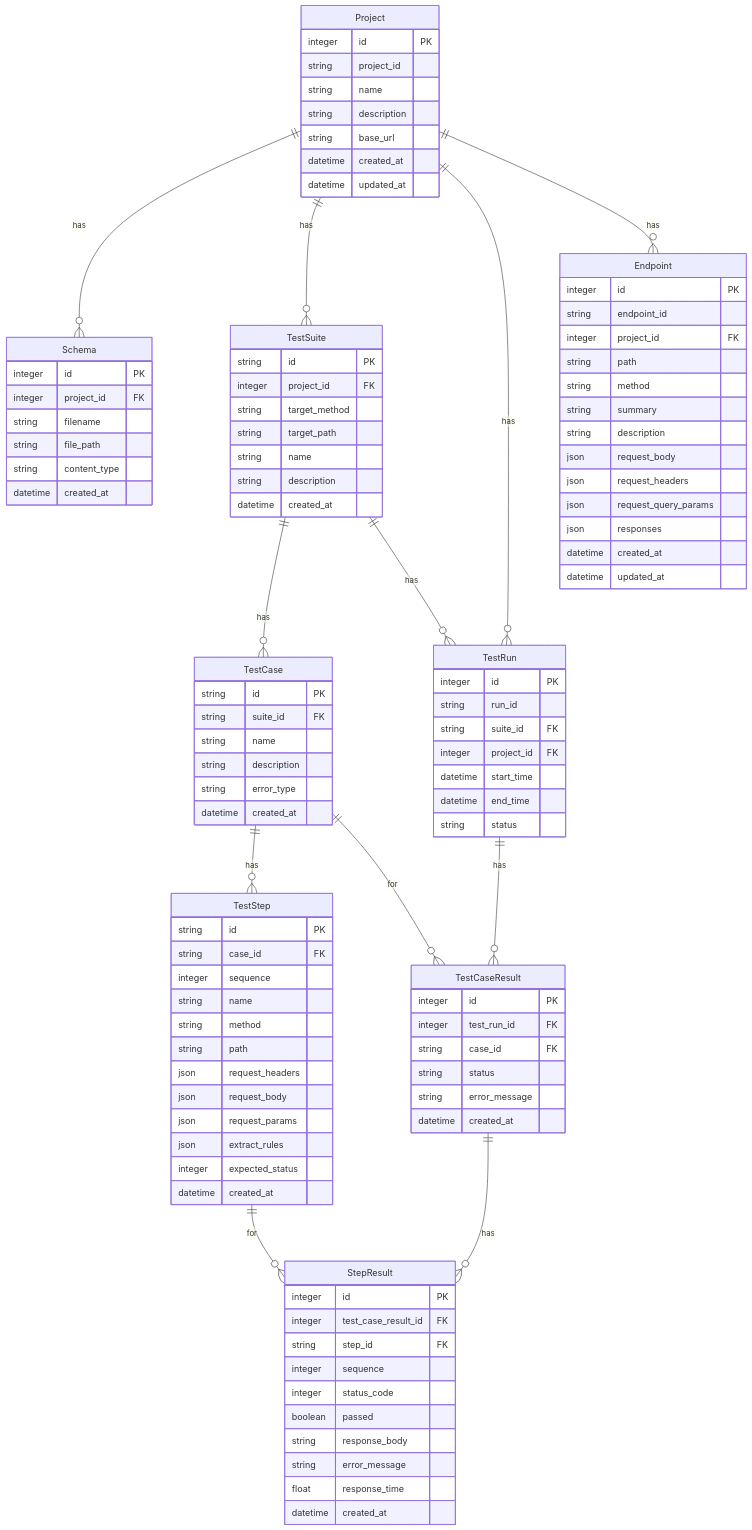
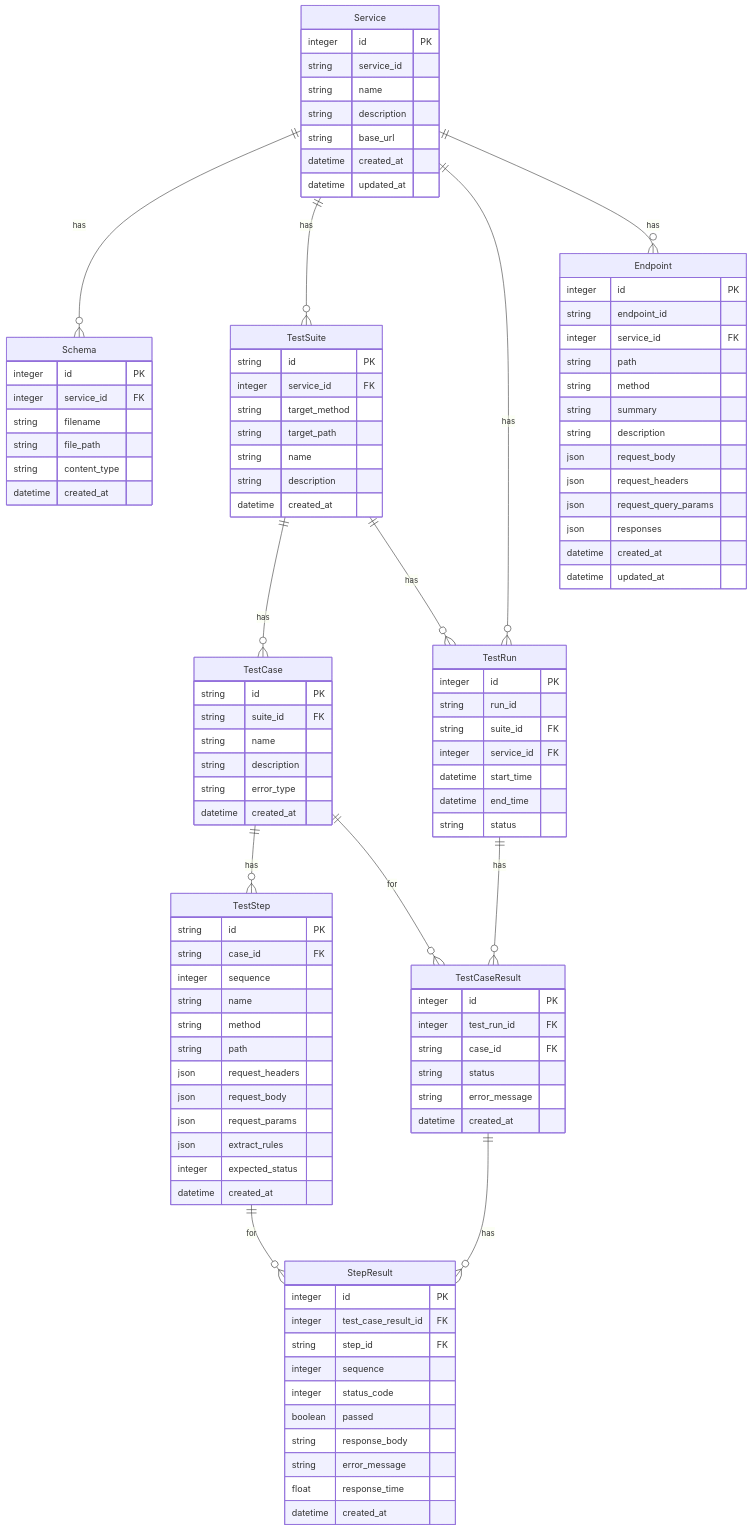
One commit to Pirikara/caseforge changed the fifth of 6 diagrams in ARCHITECTURE.md. Above: the diagram before and after it, drawn with Mermaid. The commit also changed other lines of this file and 80 other files, not shown here.

Commit message:
rename model name from project to service

````diff
--- a/ARCHITECTURE.md
+++ b/ARCHITECTURE.md
@@ -377,8 +377,8 @@
 ```mermaid
 erDiagram
-  Project {
+  Service {
     integer id PK
-    string project_id
+    string service_id
     string name
     string description
     string base_url
@@ -389,7 +389,7 @@
   Endpoint {
     integer id PK
     string endpoint_id
-    integer project_id FK
+    integer service_id FK
     string path
     string method
     string summary
@@ -404,7 +404,7 @@
   
   Schema {
     integer id PK
-    integer project_id FK
+    integer service_id FK
     string filename
     string file_path
     string content_type
@@ -413,7 +413,7 @@
 
   TestSuite {
     string id PK
-    integer project_id FK
+    integer service_id FK
     string target_method
     string target_path
     string name
@@ -449,7 +449,7 @@
     integer id PK
     string run_id
     string suite_id FK
-    integer project_id FK
+    integer service_id FK
     datetime start_time
     datetime end_time
     string status
@@ -477,10 +477,10 @@
     datetime created_at
   }
   
-  Project ||--o{ Schema : "has"
-  Project ||--o{ TestSuite : "has"
-  Project ||--o{ TestRun : "has"
-  Project ||--o{ Endpoint : "has"
+  Service ||--o{ Schema : "has"
+  Service ||--o{ TestSuite : "has"
+  Service ||--o{ TestRun : "has"
+  Service ||--o{ Endpoint : "has"
   TestSuite ||--o{ TestCase : "has"
   TestSuite ||--o{ TestRun : "has"
   TestCase ||--o{ TestStep : "has"
````
